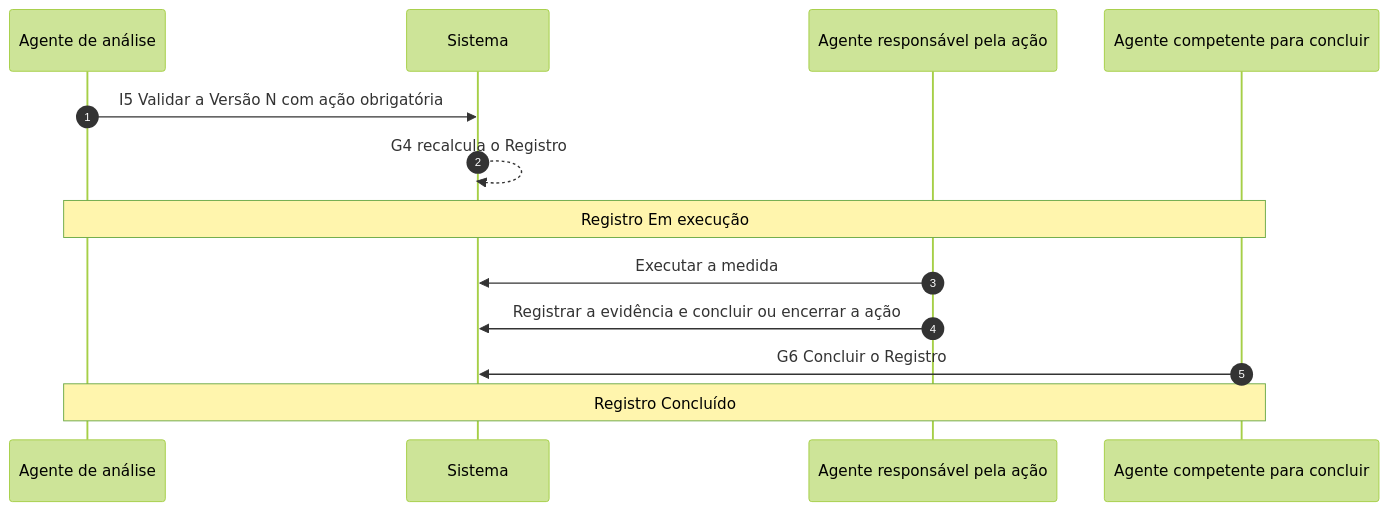
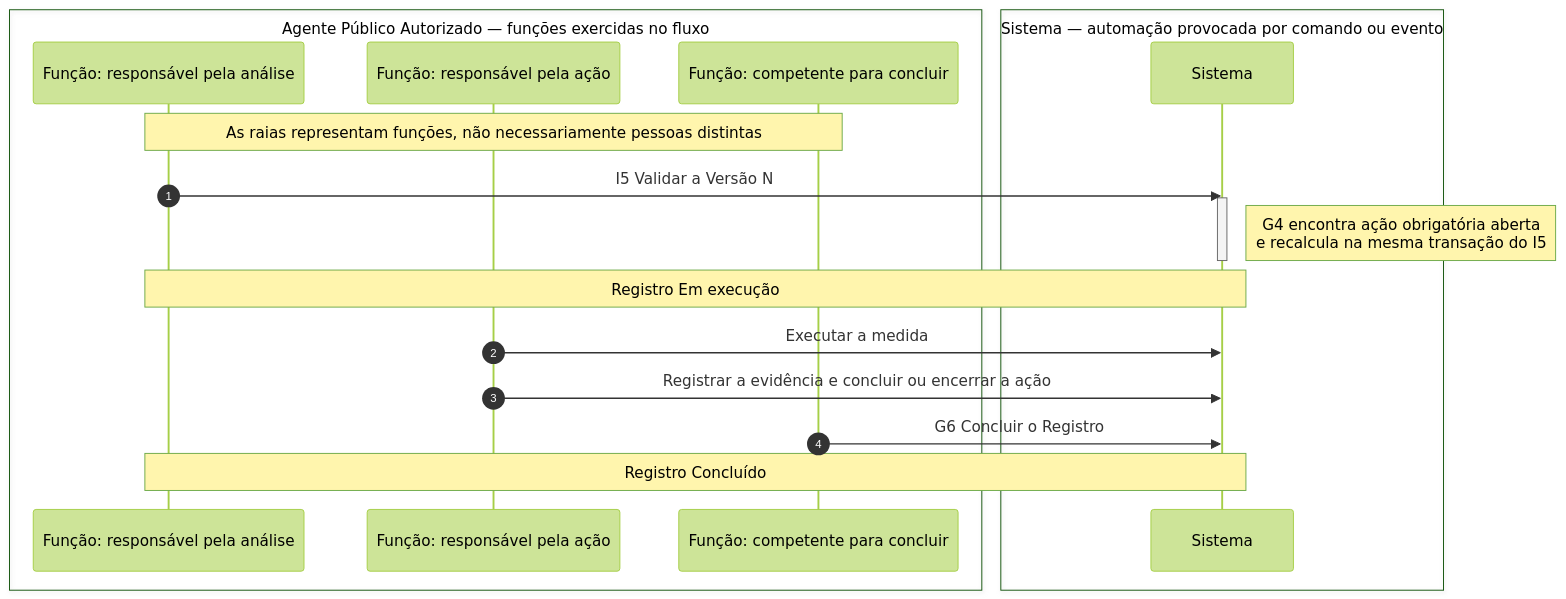
The sixth of 11 diagrams in docs/arquitetura/MAPA_M1a.md (ailtonfv/governanca-lgpd-hortolandia), drawn with Mermaid (forest theme) before and after one commit. The commit also changed other lines of this file, not shown here.

````diff
--- a/docs/arquitetura/MAPA_M1a.md
+++ b/docs/arquitetura/MAPA_M1a.md
@@ -300,16 +350,23 @@
 ```mermaid
 sequenceDiagram
     autonumber
-    participant A as Agente de análise
-    participant S as Sistema
-    participant R as Agente responsável pela ação
-    participant C as Agente competente para concluir
+    box Agente Público Autorizado — funções exercidas no fluxo
+        participant A as Função: responsável pela análise
+        participant R as Função: responsável pela ação
+        participant C as Função: competente para concluir
+    end
+    box Sistema — automação provocada por comando ou evento
+        participant S as Sistema
+    end
 
-    A->>S: I5 Validar a Versão N com ação obrigatória
-    S-->>S: G4 recalcula o Registro
-    Note over A,C: Registro Em execução
+    Note over A,C: As raias representam funções, não necessariamente pessoas distintas
+    A->>S: I5 Validar a Versão N
+    activate S
+    Note right of S: G4 encontra ação obrigatória aberta<br/>e recalcula na mesma transação do I5
+    deactivate S
+    Note over A,S: Registro Em execução
     R->>S: Executar a medida
     R->>S: Registrar a evidência e concluir ou encerrar a ação
     C->>S: G6 Concluir o Registro
-    Note over A,C: Registro Concluído
+    Note over A,S: Registro Concluído
 ```
````
